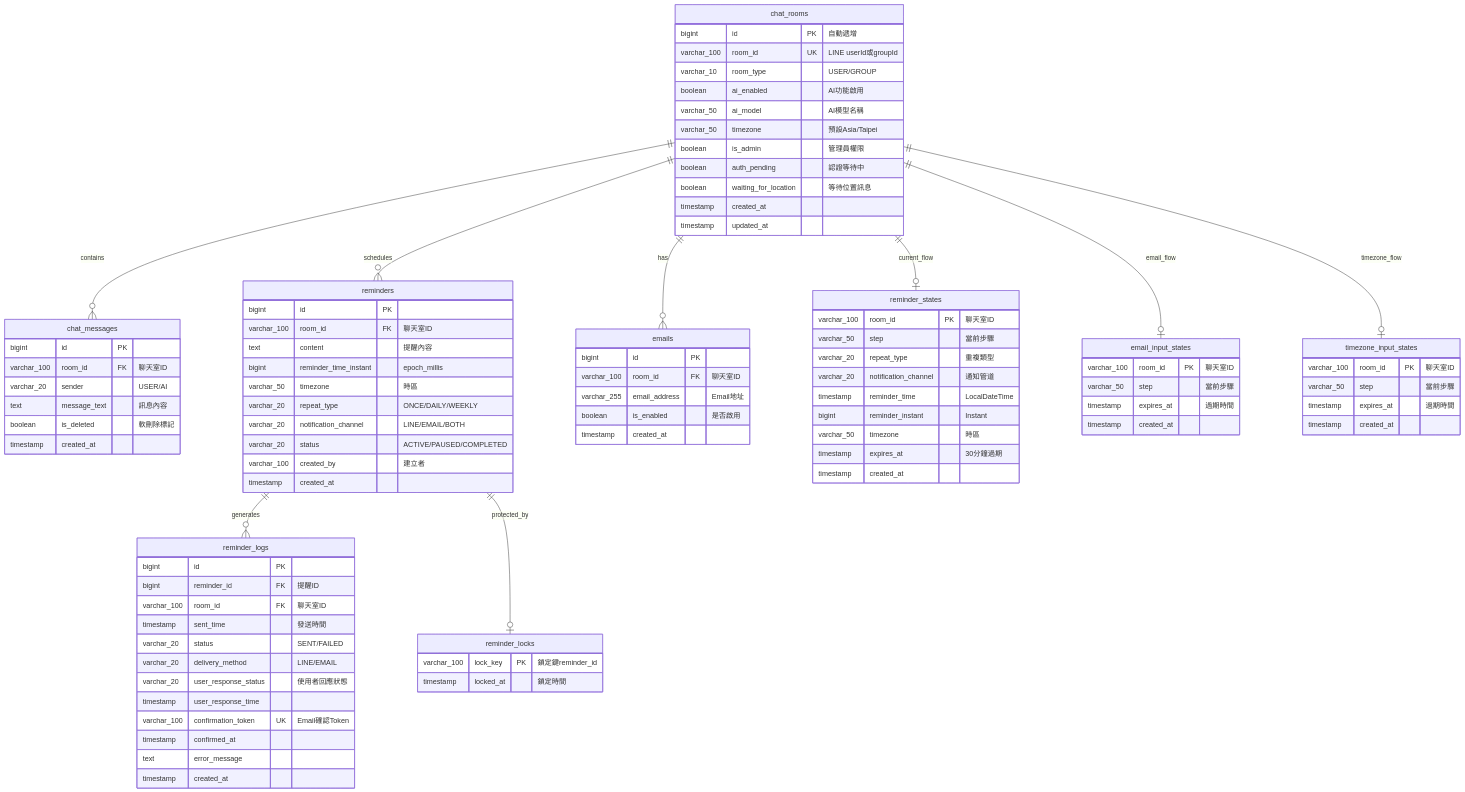
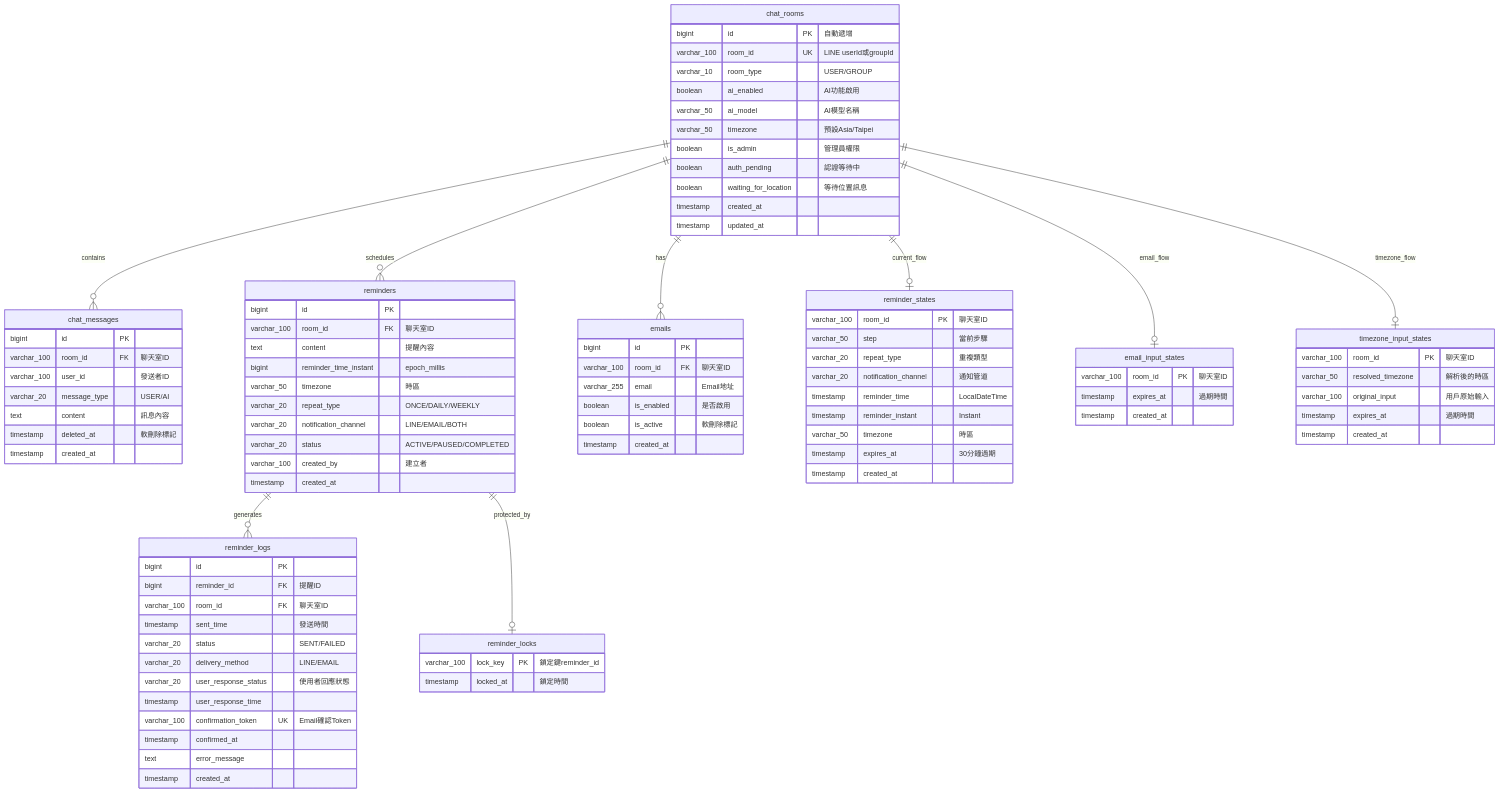
Before and after one commit to AceNexus/nexusbot: the second of 2 diagrams in README.md, drawn with Mermaid. The commit also changed other lines of this file, not shown here.

Commit message:
docs: 更新資料庫設計文件，修正 ERD 與表格定義

```diff
--- a/README.md
+++ b/README.md
@@ -691,9 +697,10 @@
     chat_messages {
         bigint id PK
         varchar_100 room_id FK "聊天室ID"
-        varchar_20 sender "USER/AI"
-        text message_text "訊息內容"
-        boolean is_deleted "軟刪除標記"
+        varchar_100 user_id "發送者ID"
+        varchar_20 message_type "USER/AI"
+        text content "訊息內容"
+        timestamp deleted_at "軟刪除標記"
         timestamp created_at
     }
 
@@ -736,7 +743,7 @@
         varchar_20 repeat_type "重複類型"
         varchar_20 notification_channel "通知管道"
         timestamp reminder_time "LocalDateTime"
-        bigint reminder_instant "Instant"
+        timestamp reminder_instant "Instant"
         varchar_50 timezone "時區"
         timestamp expires_at "30分鐘過期"
         timestamp created_at
@@ -745,21 +752,22 @@
     emails {
         bigint id PK
         varchar_100 room_id FK "聊天室ID"
-        varchar_255 email_address "Email地址"
+        varchar_255 email "Email地址"
         boolean is_enabled "是否啟用"
+        boolean is_active "軟刪除標記"
         timestamp created_at
     }
 
     email_input_states {
         varchar_100 room_id PK "聊天室ID"
-        varchar_50 step "當前步驟"
         timestamp expires_at "過期時間"
         timestamp created_at
     }
 
     timezone_input_states {
         varchar_100 room_id PK "聊天室ID"
-        varchar_50 step "當前步驟"
+        varchar_50 resolved_timezone "解析後的時區"
+        varchar_100 original_input "用戶原始輸入"
         timestamp expires_at "過期時間"
         timestamp created_at
     }
```
